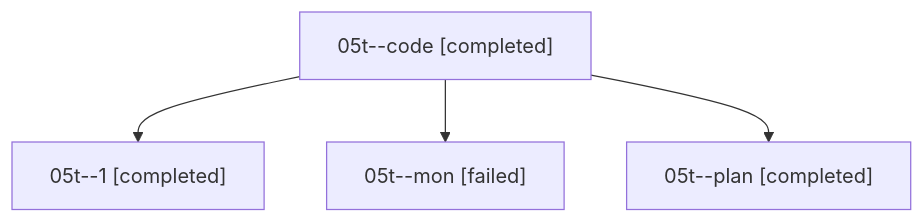
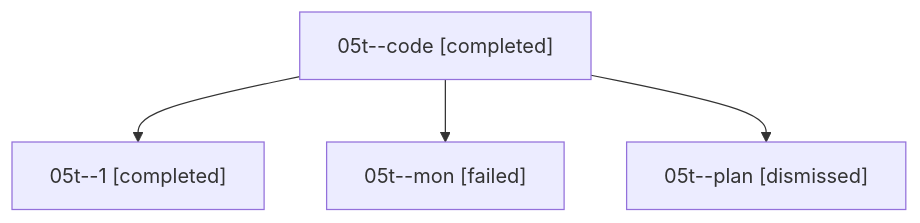
Before and after one commit to sase-org/sase--agents: the diagram in families/bbugyi200.athena.05t.md, drawn with Mermaid. The commit also changed other lines of this file and 530 other files, not shown here.

````diff
--- a/families/bbugyi200.athena.05t.md
+++ b/families/bbugyi200.athena.05t.md
@@ -9,10 +9,10 @@
 ```mermaid
 flowchart TD
   n0["05t--code [completed]"]
   n1["05t--1 [completed]"]
   n0 --> n1
   n2["05t--mon [failed]"]
   n0 --> n2
-  n3["05t--plan [completed]"]
+  n3["05t--plan [dismissed]"]
   n0 --> n3
 ```
````
